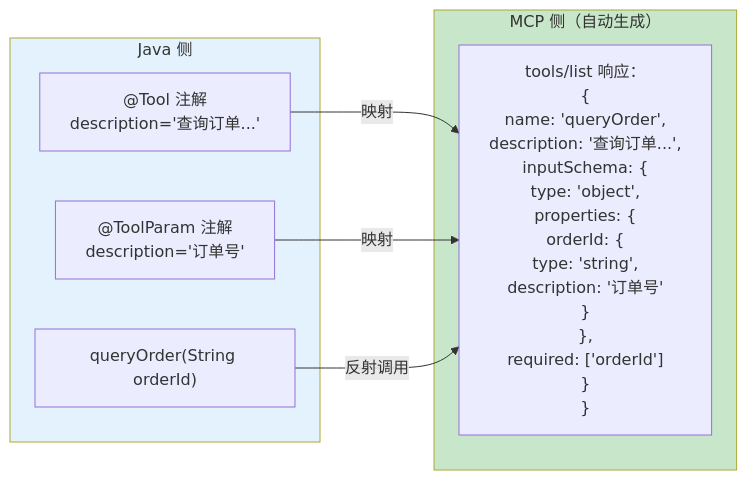
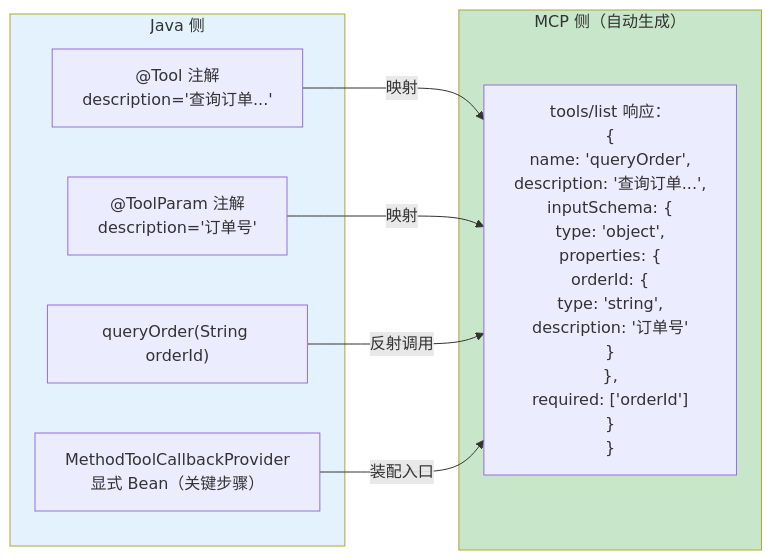
Diagram 14 of 17 in docs/项目/03-MCP工具网关/04-核心代码讲解.md (UranusGit/java-agent-learn), drawn with Mermaid before and after one commit. The commit also changed other lines of this file and 206 other files, not shown here.

````diff
--- a/docs/项目/03-MCP工具网关/04-核心代码讲解.md
+++ b/docs/项目/03-MCP工具网关/04-核心代码讲解.md
@@ -671,19 +866,21 @@
 ```mermaid
 graph LR
     subgraph Java["Java 侧"]
         ANNOT["@Tool 注解<br/>description='查询订单...'"]
         PARAM["@ToolParam 注解<br/>description='订单号'"]
         METHOD["queryOrder(String orderId)"]
+        PROVIDER["MethodToolCallbackProvider<br/>显式 Bean（关键步骤）"]
     end
 
     subgraph MCP["MCP 侧（自动生成）"]
         TOOL_JSON["tools/list 响应：<br/>{<br/>  name: 'queryOrder',<br/>  description: '查询订单...',<br/>  inputSchema: {<br/>    type: 'object',<br/>    properties: {<br/>      orderId: {<br/>        type: 'string',<br/>        description: '订单号'<br/>      }<br/>    },<br/>    required: ['orderId']<br/>  }<br/>}"]
     end
 
     ANNOT -->|"映射"| TOOL_JSON
     PARAM -->|"映射"| TOOL_JSON
     METHOD -->|"反射调用"| TOOL_JSON
+    PROVIDER -->|"装配入口"| TOOL_JSON
 
     style Java fill:#e3f2fd
     style MCP fill:#c8e6c9
 ```
````
